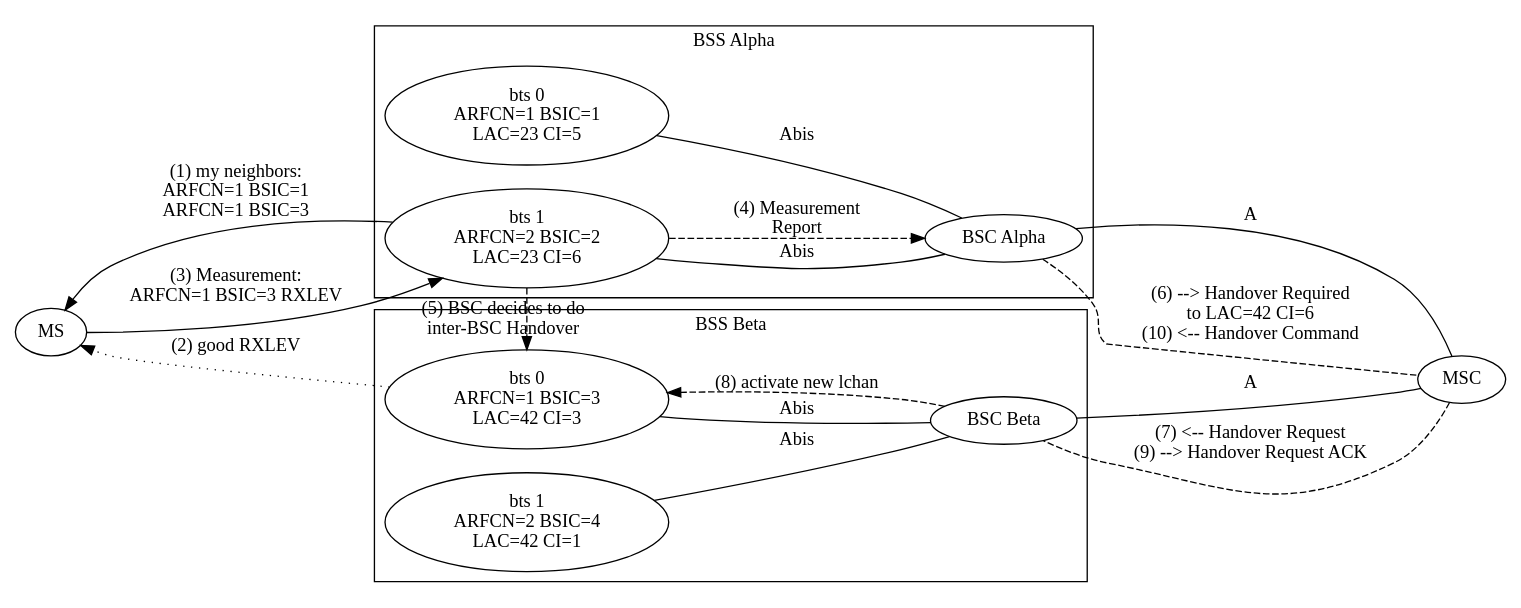
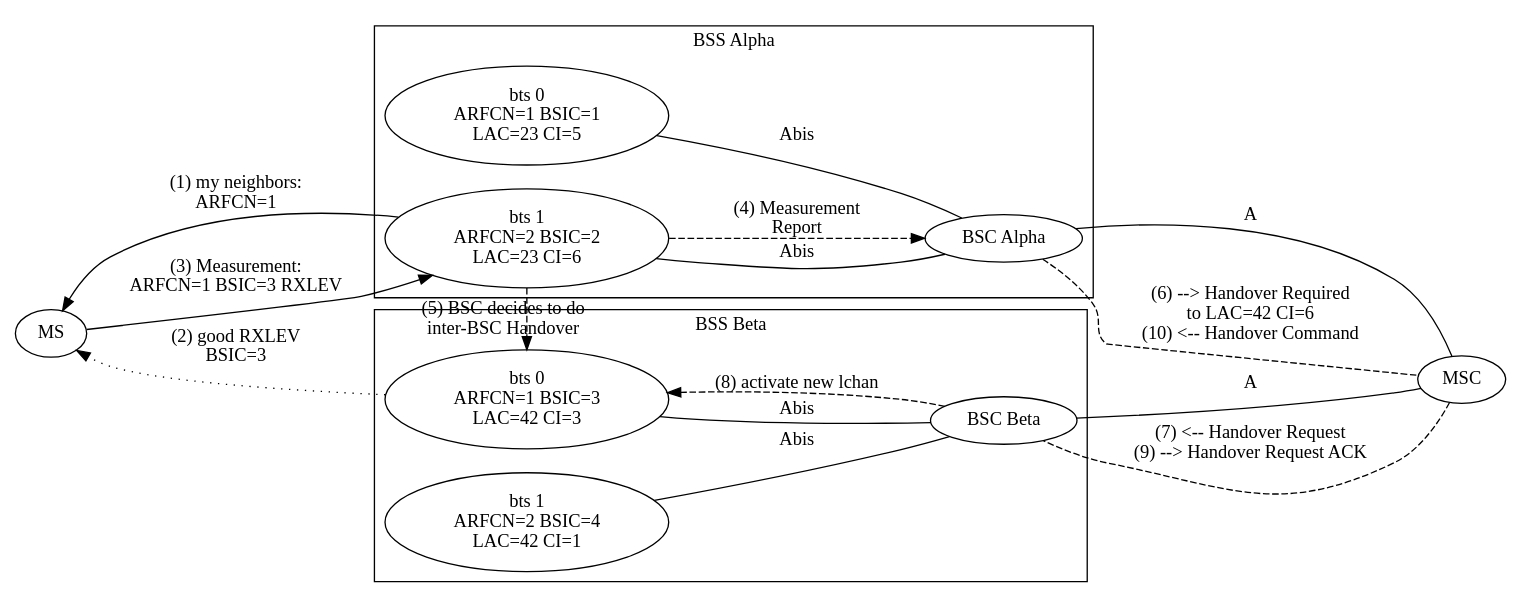
The diagram in doc/manuals/chapters/handover_inter_bsc.dot (osmocom/osmo-bsc), drawn with Graphviz before and after one commit. The commit also changed 2 other files, not shown here.

```diff
--- a/doc/manuals/chapters/handover_inter_bsc.dot
+++ b/doc/manuals/chapters/handover_inter_bsc.dot
@@ -1,35 +1,35 @@
 digraph G {
 rankdir=LR
 	
 subgraph cluster_bss_a {
 	label="BSS Alpha"
 	BTS_a0 [rank=min,label="bts 0\nARFCN=1 BSIC=1\nLAC=23 CI=5"]
 	BTS_a1 [rank=min,label="bts 1\nARFCN=2 BSIC=2\nLAC=23 CI=6"]
 	BSC_a [label="BSC Alpha"];
 	{BTS_a0,BTS_a1} -> BSC_a [arrowhead=none,label=Abis]
 }
 
 subgraph cluster_bss_b {
 	label="BSS Beta"
 	BTS_b0 [rank=min,label="bts 0\nARFCN=1 BSIC=3\nLAC=42 CI=3"]
 	BTS_b1 [rank=min,label="bts 1\nARFCN=2 BSIC=4\nLAC=42 CI=1"]
 	BSC_b [label="BSC Beta"]
 	{BTS_b0,BTS_b1} -> BSC_b [arrowhead=none,label=Abis]
 }
 
 MS -> BTS_a1 [label="(3) Measurement:\nARFCN=1 BSIC=3 RXLEV"]
-BTS_a1 -> MS [label="(1) my neighbors:\nARFCN=1 BSIC=1\nARFCN=1 BSIC=3"]
-BTS_b0 -> MS [label="(2) good RXLEV",style=dotted]
+BTS_a1 -> MS [label="(1) my neighbors:\nARFCN=1"]
+BTS_b0 -> MS [label="(2) good RXLEV\nBSIC=3",style=dotted]
 MS -> {BTS_a0,BTS_b0,BTS_b1} [style=invisible,arrowhead=none]
 
 BTS_a1 -> BSC_a [label="(4) Measurement\nReport",style=dashed]
 BTS_a1 -> BTS_b0 [label="(5) BSC decides to do\ninter-BSC Handover",style=dashed,constraint=false]
 
 {BSC_a,BSC_b} -> MSC [arrowhead=none,label=A]
 
 BSC_a -> MSC [label="(6) --> Handover Required\nto LAC=42 CI=6\n(10) <-- Handover Command",style=dashed,constraint=false,arrowhead=none]
 MSC -> BSC_b [label="(7) <-- Handover Request\n(9) --> Handover Request ACK",style=dashed,constraint=false,arrowhead=none]
 
 BSC_b -> BTS_b0 [label="(8) activate new lchan",style=dashed,constraint=false]
 
 }
```
